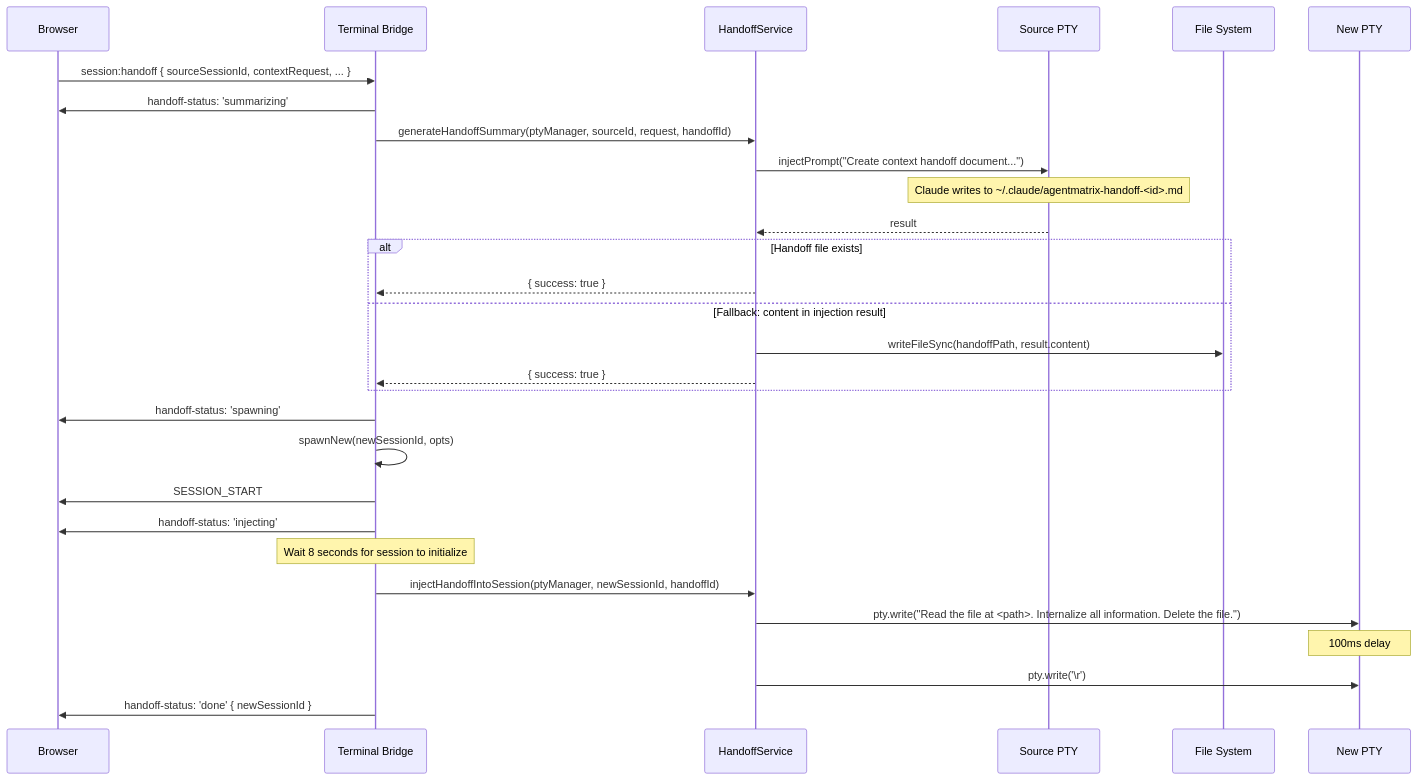
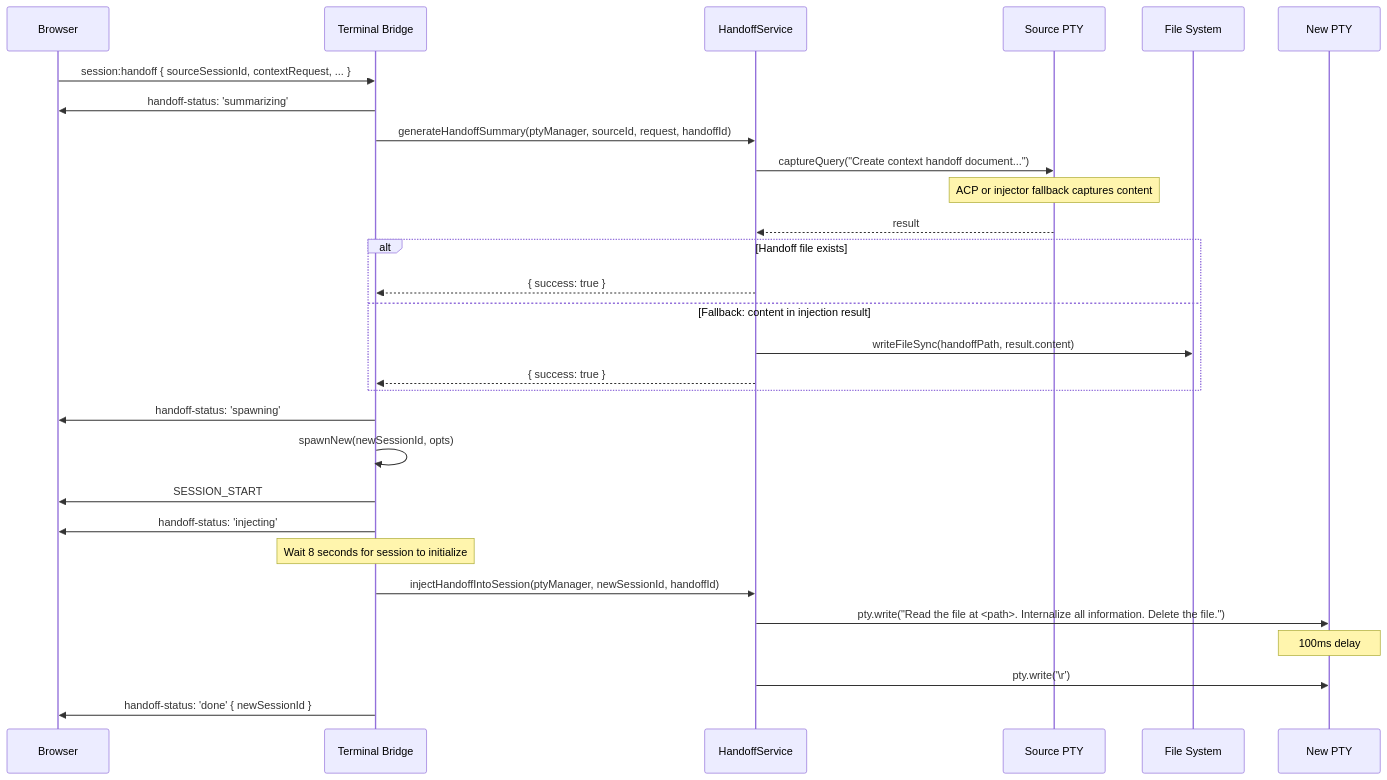
Before and after one commit to Nahom-Kefelegne/AgentMatrix: the sixth of 7 diagrams in docs/design/electron-pty.md, drawn with Mermaid. The commit also changed other lines of this file and 14 other files, not shown here.

````diff
--- a/docs/design/electron-pty.md
+++ b/docs/design/electron-pty.md
@@ -690,37 +707,37 @@
 ```mermaid
 sequenceDiagram
     participant UI as Browser
     participant TB as Terminal Bridge
     participant HS as HandoffService
     participant Src as Source PTY
     participant FS as File System
     participant New as New PTY
 
     UI->>TB: session:handoff { sourceSessionId, contextRequest, ... }
     TB->>UI: handoff-status: 'summarizing'
     TB->>HS: generateHandoffSummary(ptyManager, sourceId, request, handoffId)
 
-    HS->>Src: injectPrompt("Create context handoff document...")
-    Note over Src: Claude writes to ~/.claude/agentmatrix-handoff-<id>.md
+    HS->>Src: captureQuery("Create context handoff document...")
+    Note over Src: ACP or injector fallback captures content
     Src-->>HS: result
 
     alt Handoff file exists
         HS-->>TB: { success: true }
     else Fallback: content in injection result
         HS->>FS: writeFileSync(handoffPath, result.content)
         HS-->>TB: { success: true }
     end
 
     TB->>UI: handoff-status: 'spawning'
     TB->>TB: spawnNew(newSessionId, opts)
     TB->>UI: SESSION_START
 
     TB->>UI: handoff-status: 'injecting'
     Note over TB: Wait 8 seconds for session to initialize
     TB->>HS: injectHandoffIntoSession(ptyManager, newSessionId, handoffId)
     HS->>New: pty.write("Read the file at <path>. Internalize all information. Delete the file.")
     Note over New: 100ms delay
     HS->>New: pty.write('\r')
 
     TB->>UI: handoff-status: 'done' { newSessionId }
 ```
````
